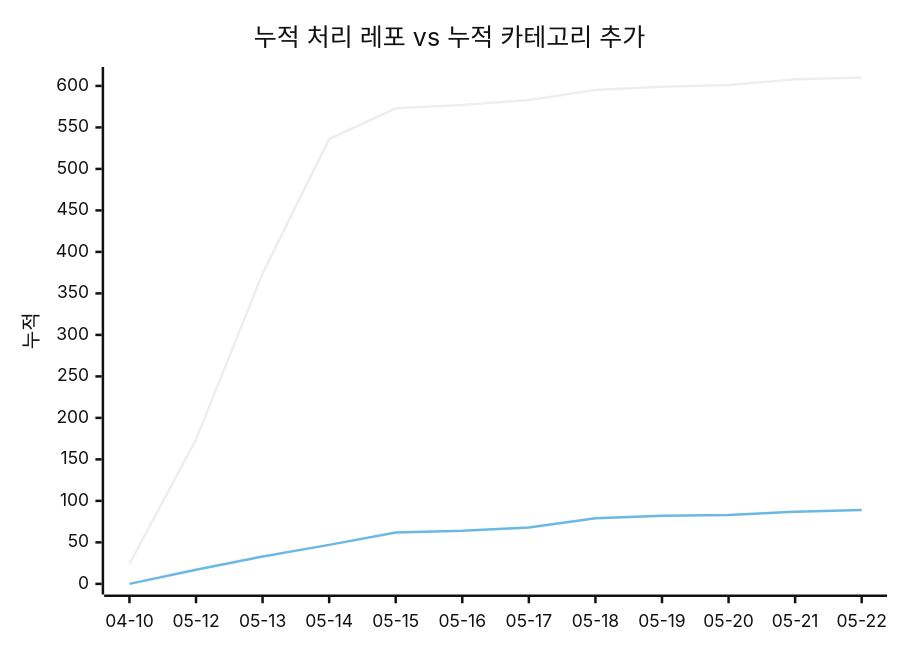
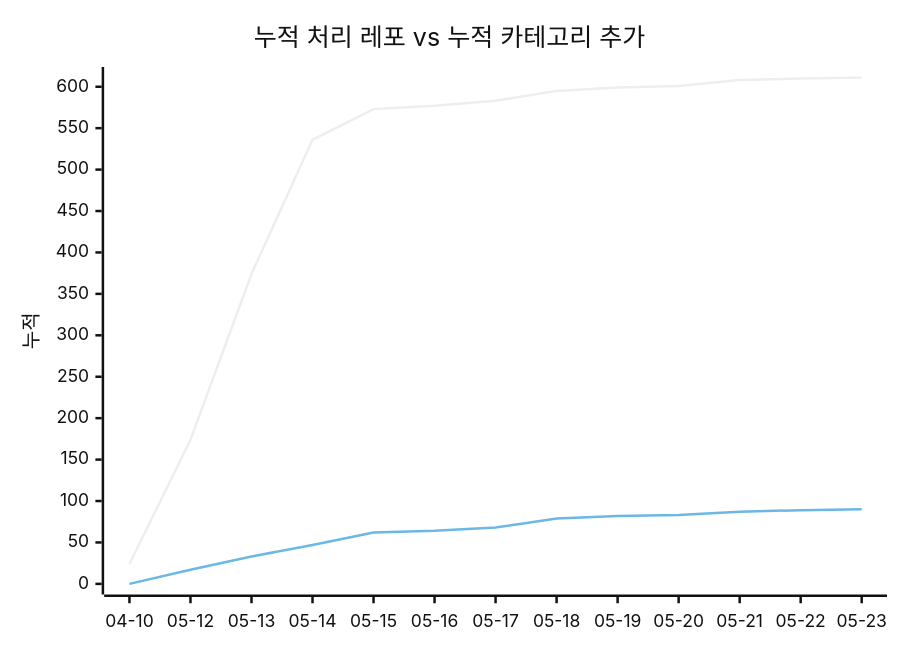
One commit to J-nowcow/awesome-korean-agent-skills changed the second of 2 diagrams in docs/trends.md. Above: the diagram before and after it, drawn with Mermaid (neutral theme). The commit also changed other lines of this file and 4 other files, not shown here.

````diff
--- a/docs/trends.md
+++ b/docs/trends.md
@@ -66,8 +67,8 @@
 ```mermaid
 xychart-beta
     title "누적 처리 레포 vs 누적 카테고리 추가"
-    x-axis ["04-10","05-12","05-13","05-14","05-15","05-16","05-17","05-18","05-19","05-20","05-21","05-22"]
+    x-axis ["04-10","05-12","05-13","05-14","05-15","05-16","05-17","05-18","05-19","05-20","05-21","05-22","05-23"]
     y-axis "누적"
-    line [24,174,374,536,573,577,583,595,599,601,608,610]
-    line [0,17,33,47,62,64,68,79,82,83,87,89]
+    line [24,174,374,536,573,577,583,595,599,601,608,610,611]
+    line [0,17,33,47,62,64,68,79,82,83,87,89,90]
 ```
````
